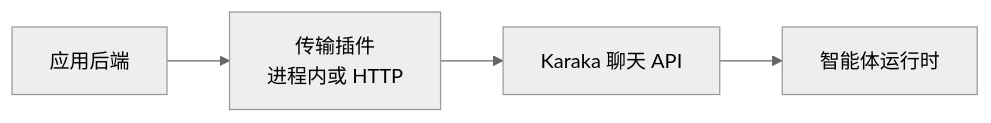
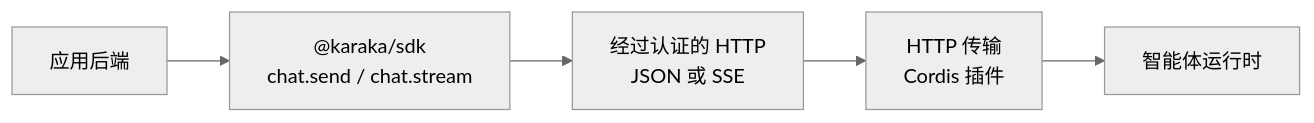
The fifth of 6 diagrams in docs/architecture.zh.md (karaka-ai/karaka), drawn with Mermaid (neutral theme) before and after one commit. The commit also changed other lines of this file and 24 other files, not shown here.

Commit message:
feat: add Karaka application SDK

````diff
--- a/docs/architecture.zh.md
+++ b/docs/architecture.zh.md
@@ -361,11 +361,13 @@
 ```mermaid
 flowchart LR
   Application["应用后端"]
-  Transport["传输插件<br/>进程内或 HTTP"]
-  Chat["Karaka 聊天 API"]
+  SDK["@karaka/sdk<br/>chat.send / chat.stream"]
+  HTTP["经过认证的 HTTP<br/>JSON 或 SSE"]
+  Transport["HTTP 传输<br/>Cordis 插件"]
   Runtime["智能体运行时"]
 
-  Application --> Transport
-  Transport --> Chat
-  Chat --> Runtime
+  Application --> SDK
+  SDK --> HTTP
+  HTTP --> Transport
+  Transport --> Runtime
 ```
````
